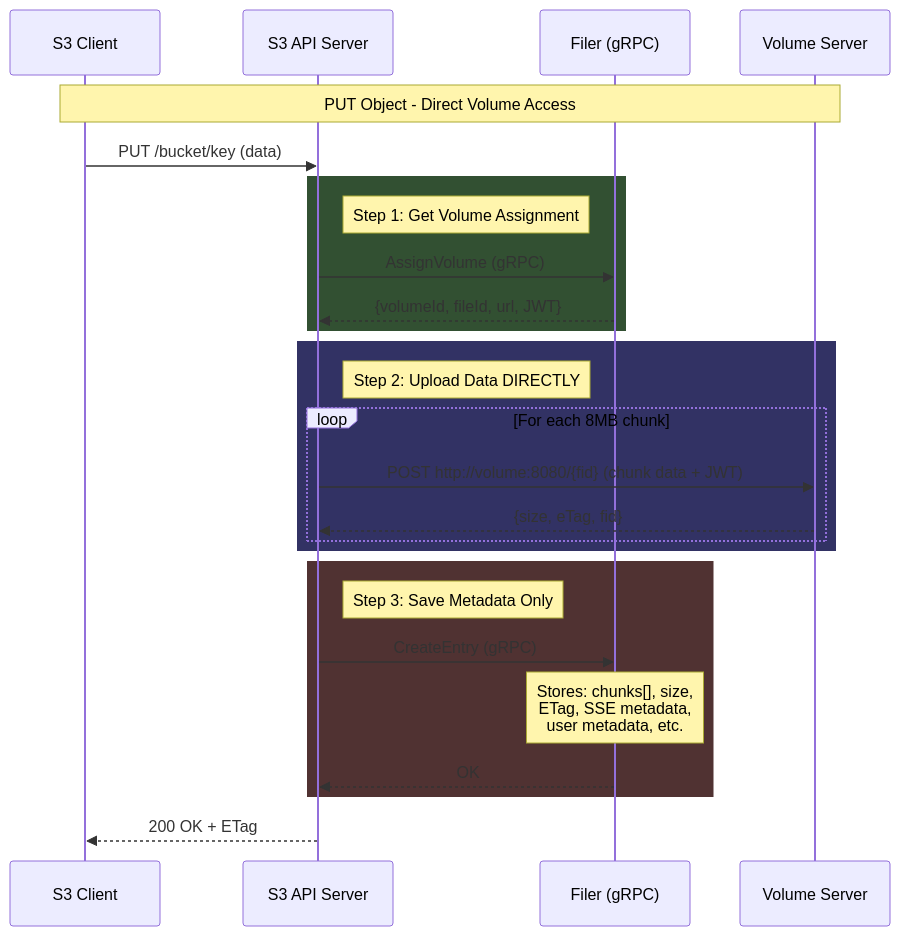
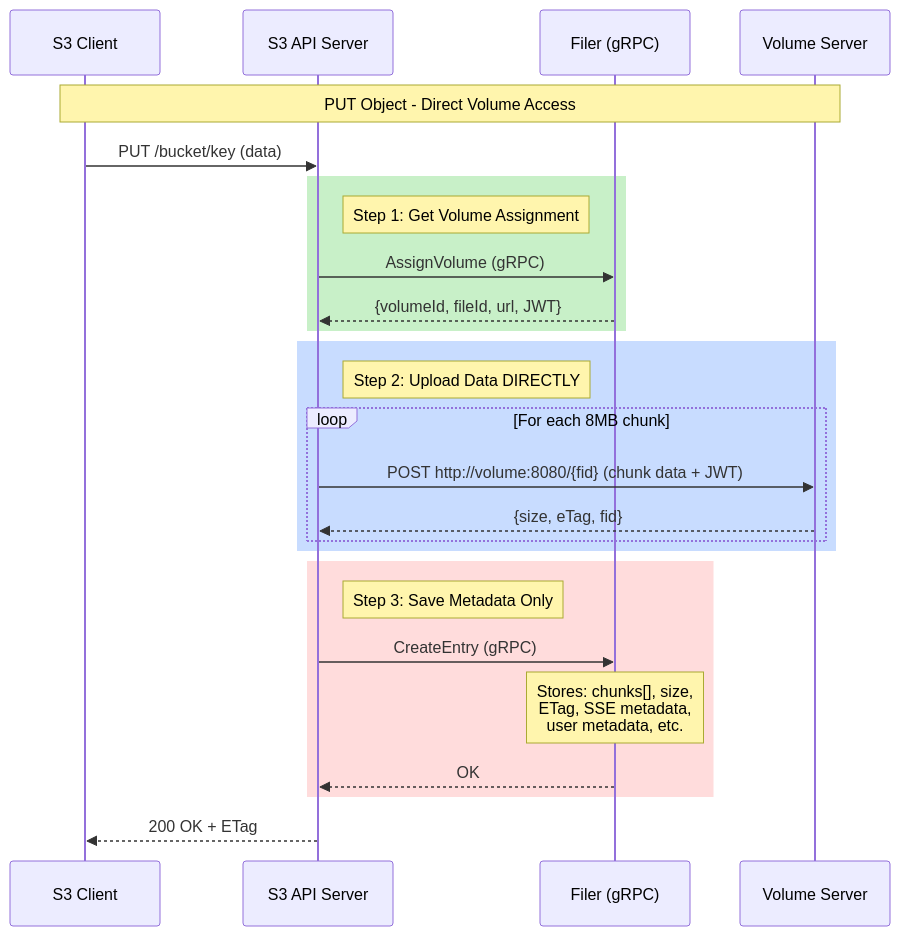
One commit to remidinishanth/distributed_systems changed the second of 4 diagrams in s3/seaweedFS/readme.md. Above: the diagram before and after it, drawn with Mermaid. The commit also changed other lines of this file, not shown here.

````diff
--- a/s3/seaweedFS/readme.md
+++ b/s3/seaweedFS/readme.md
@@ -172,34 +172,34 @@
 ```mermaid
 sequenceDiagram
     participant Client as S3 Client
     participant S3API as S3 API Server
     participant Filer as Filer (gRPC)
     participant Volume as Volume Server
 
     Note over Client,Volume: PUT Object - Direct Volume Access
 
     Client->>S3API: PUT /bucket/key (data)
-    
-    rect rgb(50, 80, 50)
+
+    rect rgb(200, 240, 200)
         Note right of S3API: Step 1: Get Volume Assignment
         S3API->>Filer: AssignVolume (gRPC)
         Filer-->>S3API: {volumeId, fileId, url, JWT}
     end
 
-    rect rgb(50, 50, 100)
+    rect rgb(200, 220, 255)
         Note right of S3API: Step 2: Upload Data DIRECTLY
         loop For each 8MB chunk
             S3API->>Volume: POST http://volume:8080/{fid} (chunk data + JWT)
             Volume-->>S3API: {size, eTag, fid}
         end
     end
 
-    rect rgb(80, 50, 50)
+    rect rgb(255, 220, 220)
         Note right of S3API: Step 3: Save Metadata Only
         S3API->>Filer: CreateEntry (gRPC)
         Note over Filer: Stores: chunks[], size,<br/>ETag, SSE metadata,<br/>user metadata, etc.
         Filer-->>S3API: OK
     end
 
     S3API-->>Client: 200 OK + ETag
 ```
````
